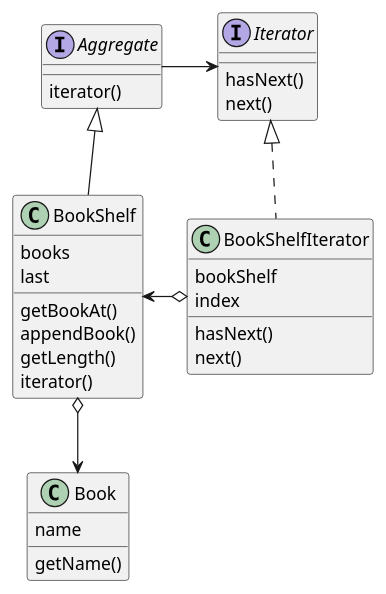
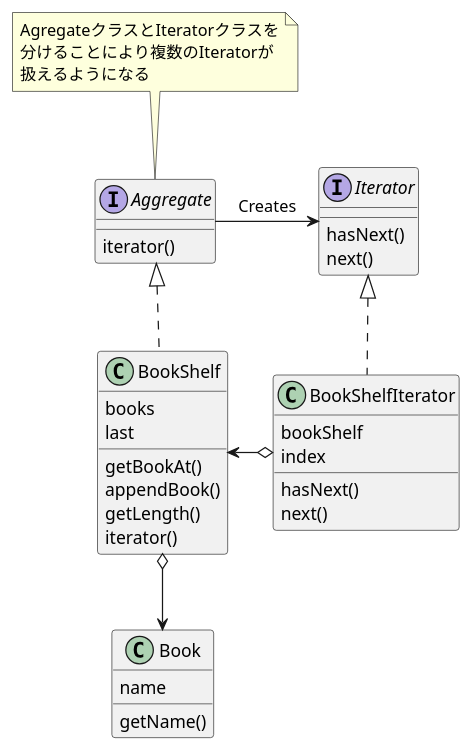
One commit to beatkei/myjava changed the diagram in doc/iterator/iterator.puml. Above: the diagram before and after it, drawn with PlantUML.

Commit message:
iteratorのクラスを修正

```diff
--- a/doc/iterator/iterator.puml
+++ b/doc/iterator/iterator.puml
@@ -1,37 +1,44 @@
 @startuml
 
 class Book {
     name
     getName()
 }
 class BookShelf {
     books
     last
     getBookAt()
     appendBook()
     getLength()
     iterator()
 }
 class BookShelfIterator {
     bookShelf
     index
     hasNext()
     next()
 }
 
 interface Aggregate {
     iterator()
 }
 
+note top
+    AgregateクラスとIteratorクラスを
+    分けることにより複数のIteratorが
+    扱えるようになる
+end note
+
+
 interface Iterator {
     hasNext()
     next()
 }
 
-Aggregate -ri-> Iterator
+Aggregate -ri-> Iterator : Creates
 Iterator <|.. BookShelfIterator
 BookShelfIterator o-le-> BookShelf
 BookShelf o--> Book
-Aggregate <|-do- BookShelf
+Aggregate <|.do. BookShelf
 
 @enduml
```
